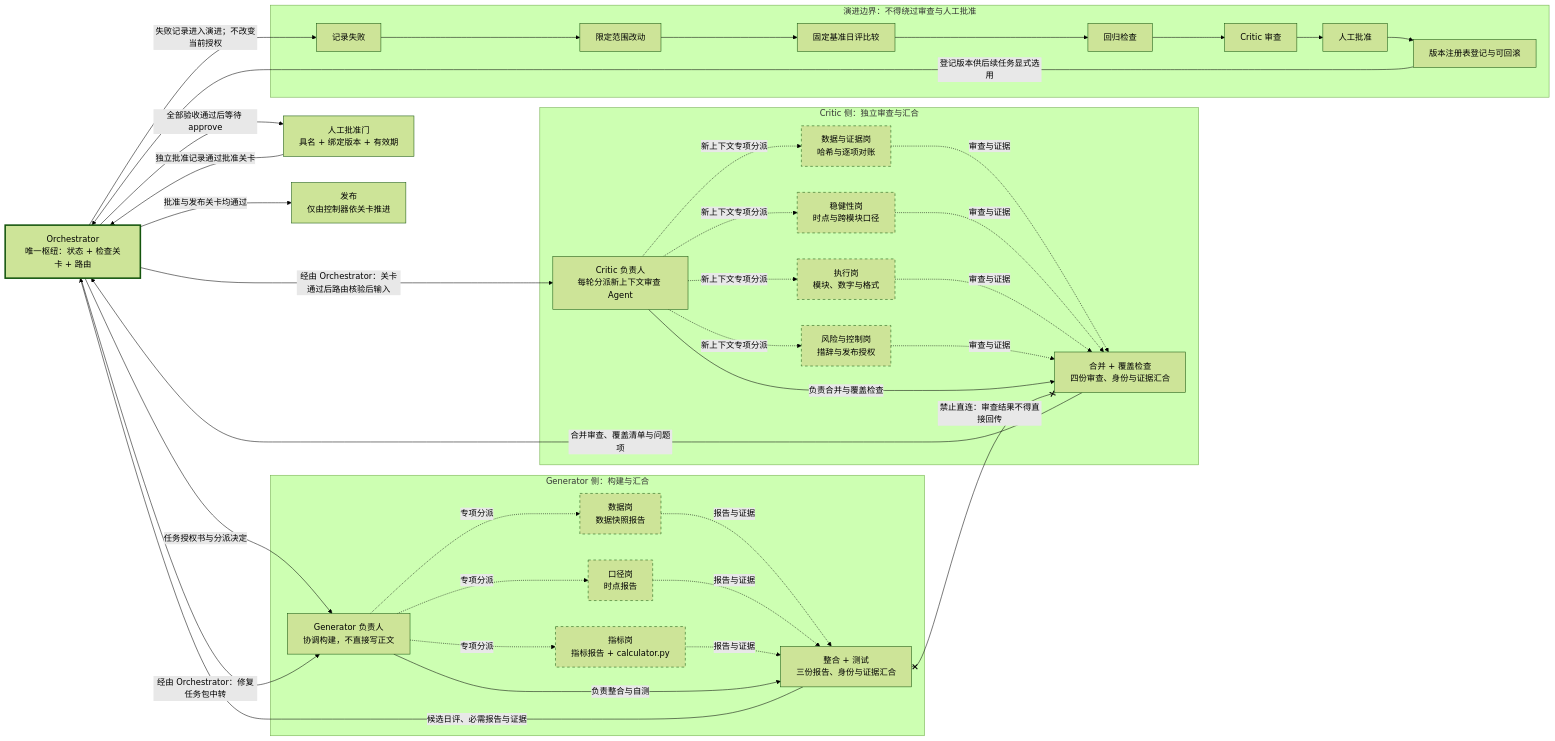
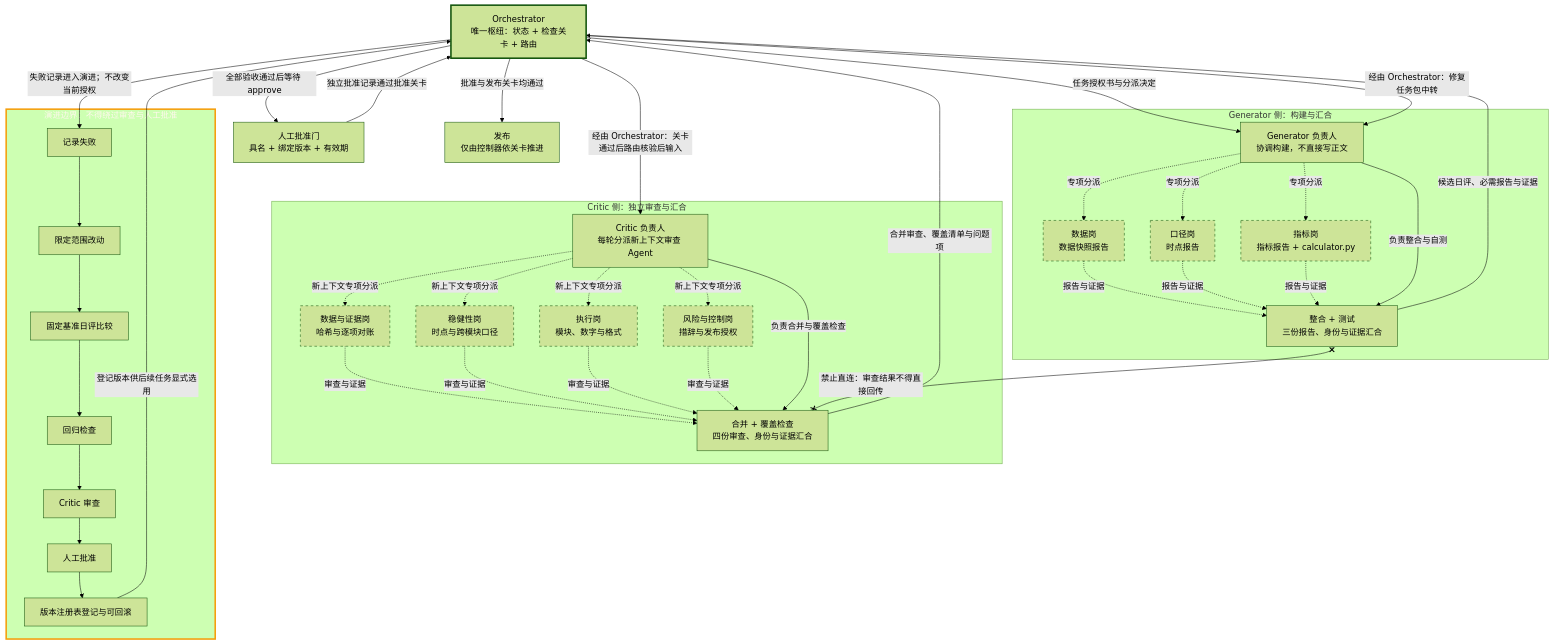
One commit to xiashuang008/QT changed the second of 2 diagrams in docs/02-architecture.md. Above: the diagram before and after it, drawn with Mermaid (forest theme). The commit also changed other lines of this file and 2 other files, not shown here.

Commit message:
docs: render workflow diagrams as images

````diff
--- a/docs/02-architecture.md
+++ b/docs/02-architecture.md
@@ -201,67 +205,68 @@
 ```mermaid
-flowchart LR
+flowchart TB
     O["Orchestrator<br/>唯一枢纽：状态 + 检查关卡 + 路由"]
 
     subgraph GeneratorSide["Generator 侧：构建与汇合"]
         G["Generator 负责人<br/>协调构建，不直接写正文"]
         GD["数据岗<br/>数据快照报告"]
         GP["口径岗<br/>时点报告"]
         GM["指标岗<br/>指标报告 + calculator.py"]
         GI["整合 + 测试<br/>三份报告、身份与证据汇合"]
         G -.->|专项分派| GD
         G -.->|专项分派| GP
         G -.->|专项分派| GM
         GD -.->|报告与证据| GI
         GP -.->|报告与证据| GI
         GM -.->|报告与证据| GI
         G -->|负责整合与自测| GI
     end
 
     subgraph CriticSide["Critic 侧：独立审查与汇合"]
         C["Critic 负责人<br/>每轮分派新上下文审查 Agent"]
         CD["数据与证据岗<br/>哈希与逐项对账"]
         CS["稳健性岗<br/>时点与跨模块口径"]
         CE["执行岗<br/>模块、数字与格式"]
         CR["风险与控制岗<br/>措辞与发布授权"]
         CM["合并 + 覆盖检查<br/>四份审查、身份与证据汇合"]
         C -.->|新上下文专项分派| CD
         C -.->|新上下文专项分派| CS
         C -.->|新上下文专项分派| CE
         C -.->|新上下文专项分派| CR
         CD -.->|审查与证据| CM
         CS -.->|审查与证据| CM
         CE -.->|审查与证据| CM
         CR -.->|审查与证据| CM
         C -->|负责合并与覆盖检查| CM
     end
 
     O -->|任务授权书与分派决定| G
     GI -->|候选日评、必需报告与证据| O
     O -->|经由 Orchestrator：关卡通过后路由核验后输入| C
     CM -->|合并审查、覆盖清单与问题项| O
     O -->|经由 Orchestrator：修复任务包中转| G
     GI x--x|禁止直连：审查结果不得直接回传| CM
 
     H["人工批准门<br/>具名 + 绑定版本 + 有效期"]
     P["发布<br/>仅由控制器依关卡推进"]
     O -->|全部验收通过后等待 approve| H
     H -->|独立批准记录通过批准关卡| O
     O -->|批准与发布关卡均通过| P
 
     subgraph EvolutionBoundary["演进边界：不得绕过审查与人工批准"]
         E1["记录失败"] --> E2["限定范围改动"]
         E2 --> E3["固定基准日评比较"]
         E3 --> E4["回归检查"]
         E4 --> E5["Critic 审查"]
         E5 --> E6["人工批准"]
         E6 --> E7["版本注册表登记与可回滚"]
     end
 
     O -->|失败记录进入演进；不改变当前授权| E1
     E7 -->|登记版本供后续任务显式选用| O
 
     classDef specialist stroke-dasharray: 5 5;
     classDef hub stroke-width: 3px;
     class GD,GP,GM,CD,CS,CE,CR specialist;
     class O hub;
+    style EvolutionBoundary stroke:#f59e0b,stroke-width:3px,color:#fff7ed
 ```
````
